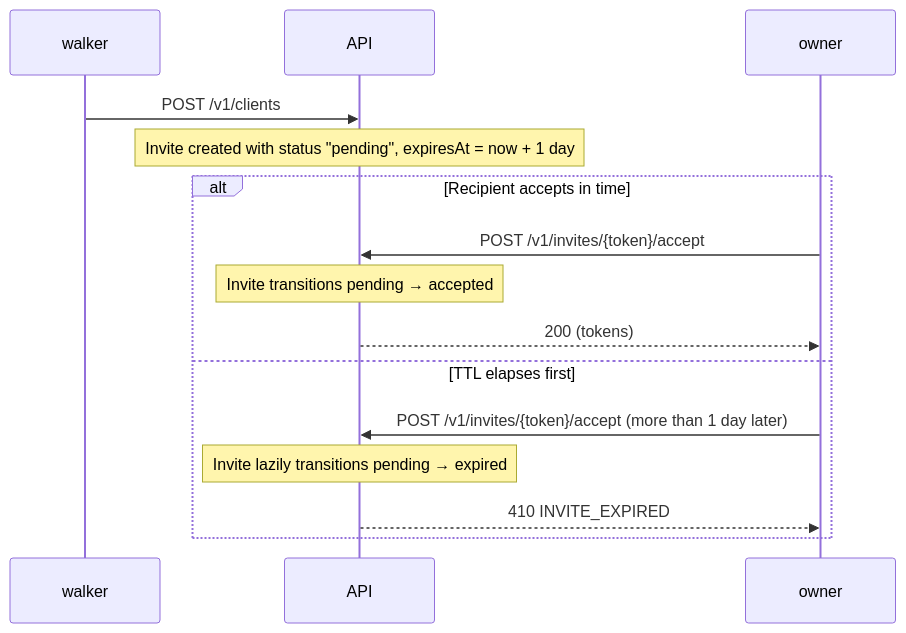
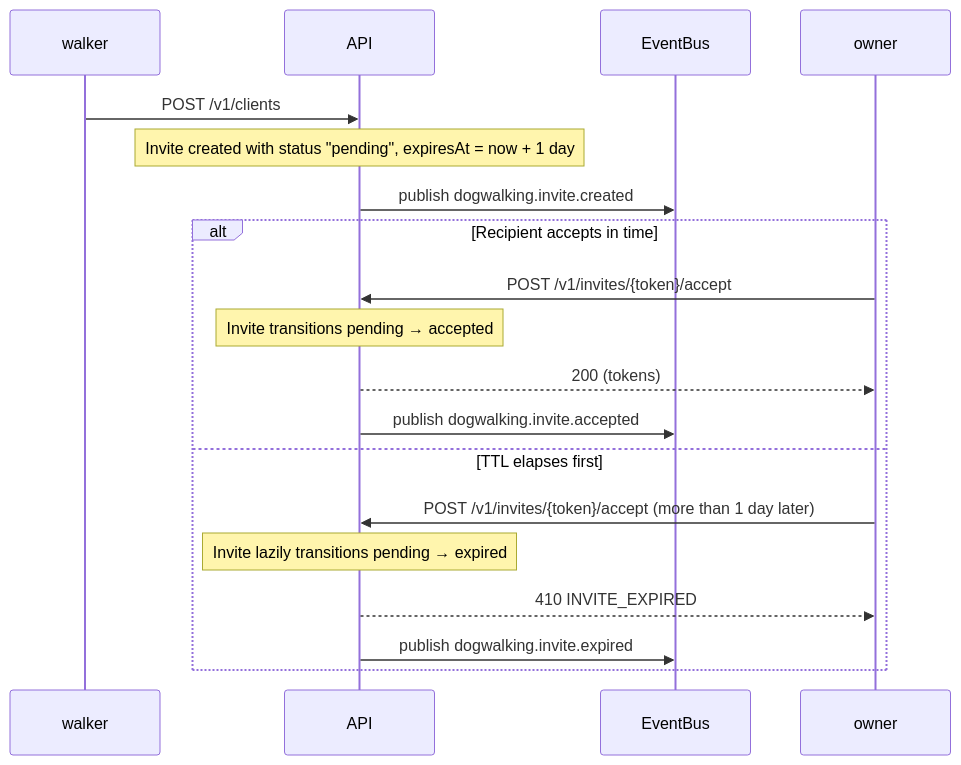
One commit to dataGriff/spec-dog-walking changed the third of 12 diagrams in docs/specifications/sequence-diagrams.md. Above: the diagram before and after it, drawn with Mermaid. The commit also changed other lines of this file and 2 other files, not shown here.

First line of the commit message:
feat(flows): fix Flow 1 register body, cover new stories, align keys and ordering

````diff
--- a/docs/specifications/sequence-diagrams.md
+++ b/docs/specifications/sequence-diagrams.md
@@ -58,19 +76,23 @@
 ```mermaid
 sequenceDiagram
     participant walker
     participant API
+    participant EventBus
     participant owner
 
     walker->>API: POST /v1/clients
     Note over API: Invite created with status "pending", expiresAt = now + 1 day
+    API->>EventBus: publish dogwalking.invite.created
 
     alt Recipient accepts in time
         owner->>API: POST /v1/invites/{token}/accept
         Note over API: Invite transitions pending → accepted
         API-->>owner: 200 (tokens)
+        API->>EventBus: publish dogwalking.invite.accepted
     else TTL elapses first
         owner->>API: POST /v1/invites/{token}/accept (more than 1 day later)
         Note over API: Invite lazily transitions pending → expired
         API-->>owner: 410 INVITE_EXPIRED
+        API->>EventBus: publish dogwalking.invite.expired
     end
 ```
````
